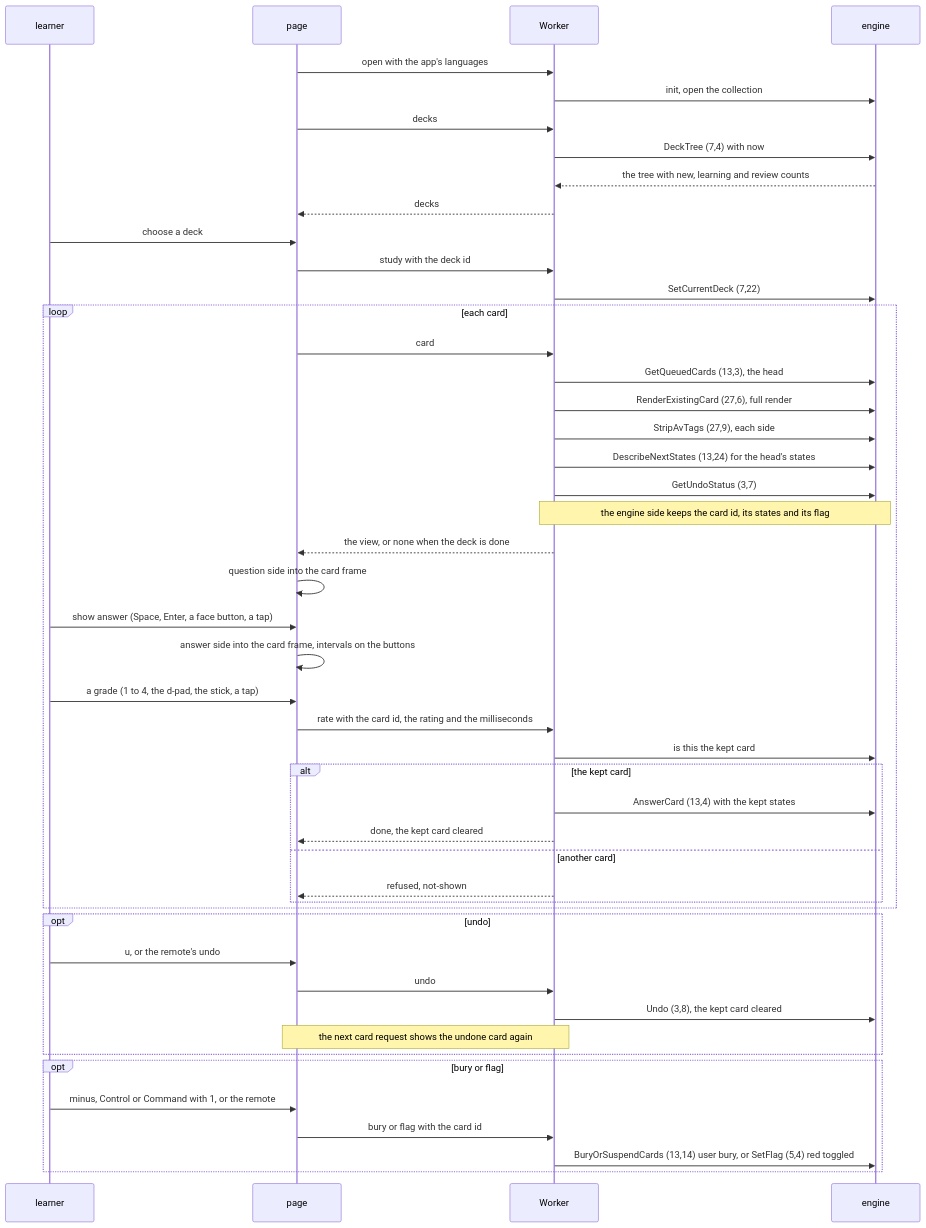
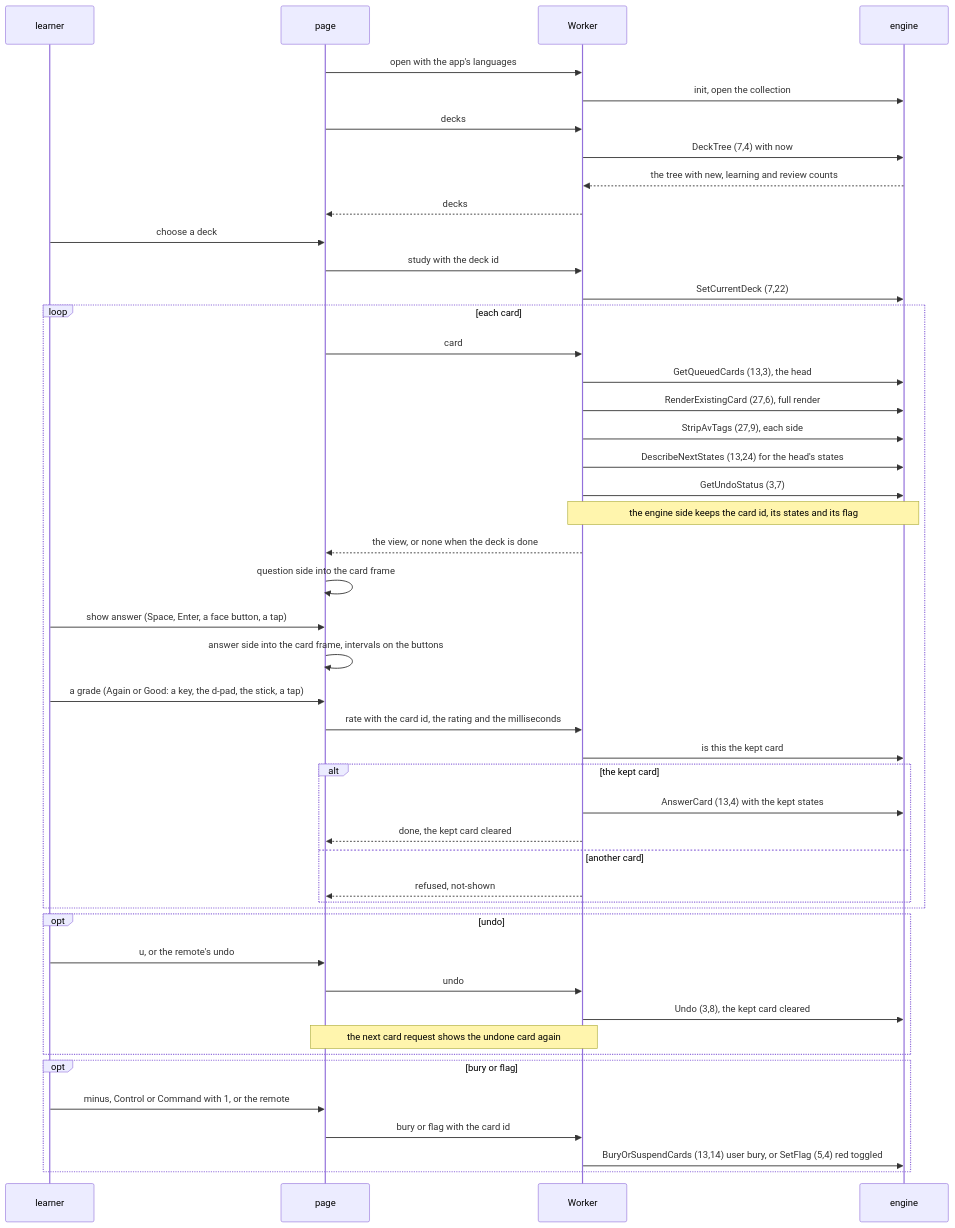
The second of 5 diagrams in docs/schematics/web-study-screens.md (RexRenatus/deck-streak), drawn with Mermaid before and after one commit. The commit also changed other lines of this file and 3 other files, not shown here.

````diff
--- a/docs/schematics/web-study-screens.md
+++ b/docs/schematics/web-study-screens.md
@@ -92,50 +92,50 @@
 ```mermaid
 sequenceDiagram
   participant L as learner
   participant P as page
   participant W as Worker
   participant E as engine
 
   P->>W: open with the app's languages
   W->>E: init, open the collection
   P->>W: decks
   W->>E: DeckTree (7,4) with now
   E-->>W: the tree with new, learning and review counts
   W-->>P: decks
   L->>P: choose a deck
   P->>W: study with the deck id
   W->>E: SetCurrentDeck (7,22)
   loop each card
     P->>W: card
     W->>E: GetQueuedCards (13,3), the head
     W->>E: RenderExistingCard (27,6), full render
     W->>E: StripAvTags (27,9), each side
     W->>E: DescribeNextStates (13,24) for the head's states
     W->>E: GetUndoStatus (3,7)
     Note over W,E: the engine side keeps the card id, its states and its flag
     W-->>P: the view, or none when the deck is done
     P->>P: question side into the card frame
     L->>P: show answer (Space, Enter, a face button, a tap)
     P->>P: answer side into the card frame, intervals on the buttons
-    L->>P: a grade (1 to 4, the d-pad, the stick, a tap)
+    L->>P: a grade (Again or Good: a key, the d-pad, the stick, a tap)
     P->>W: rate with the card id, the rating and the milliseconds
     W->>E: is this the kept card
     alt the kept card
       W->>E: AnswerCard (13,4) with the kept states
       W-->>P: done, the kept card cleared
     else another card
       W-->>P: refused, not-shown
     end
   end
   opt undo
     L->>P: u, or the remote's undo
     P->>W: undo
     W->>E: Undo (3,8), the kept card cleared
     Note over P,W: the next card request shows the undone card again
   end
   opt bury or flag
     L->>P: minus, Control or Command with 1, or the remote
     P->>W: bury or flag with the card id
     W->>E: BuryOrSuspendCards (13,14) user bury, or SetFlag (5,4) red toggled
   end
 ```
````
